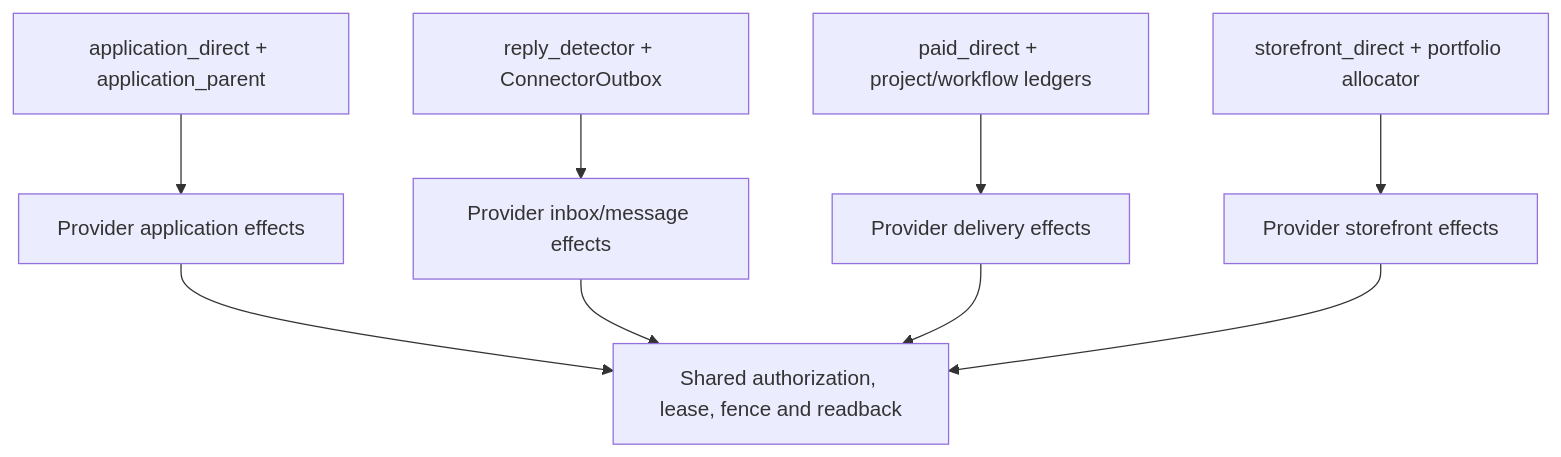
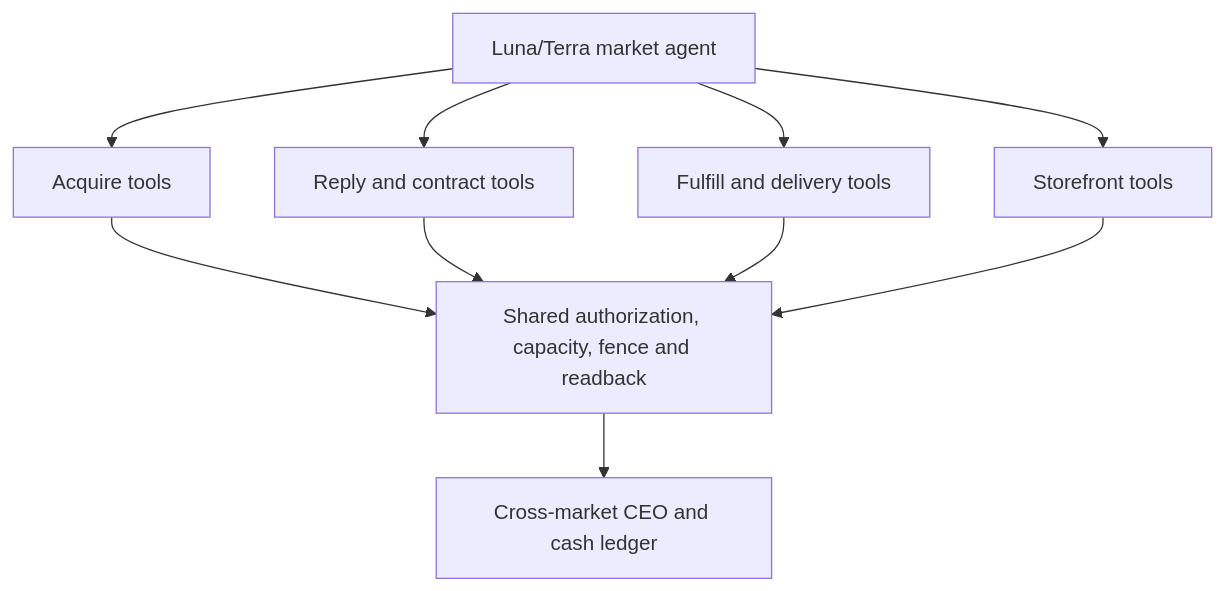
One commit to Daisuke134/anicca changed the sixth of 8 diagrams in docs/superpowers/specs/2026-08-22-life-manager-gig-economy-loop-design.md. Above: the diagram before and after it, drawn with Mermaid. The commit also changed other lines of this file and 1 other file, not shown here.

Commit message:
docs(gig): keep market operation agentic

````diff
--- a/docs/superpowers/specs/2026-08-22-life-manager-gig-economy-loop-design.md
+++ b/docs/superpowers/specs/2026-08-22-life-manager-gig-economy-loop-design.md
@@ -639,11 +640,12 @@
 ```mermaid
 flowchart TD
-  A[application_direct + application_parent] --> PA[Provider application effects]
-  R[reply_detector + ConnectorOutbox] --> PR[Provider inbox/message effects]
-  P[paid_direct + project/workflow ledgers] --> PD[Provider delivery effects]
-  S[storefront_direct + portfolio allocator] --> PS[Provider storefront effects]
-  PA --> K[Shared authorization, lease, fence and readback]
-  PR --> K
-  PD --> K
-  PS --> K
+  M[Luna/Terra market agent] --> A[Acquire tools]
+  M --> R[Reply and contract tools]
+  M --> P[Fulfill and delivery tools]
+  M --> S[Storefront tools]
+  A --> K[Shared authorization, capacity, fence and readback]
+  R --> K
+  P --> K
+  S --> K
+  K --> C[Cross-market CEO and cash ledger]
 ```
````
